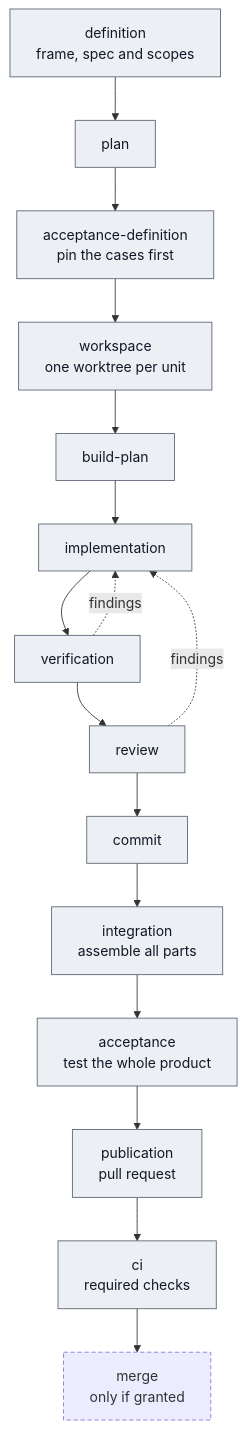
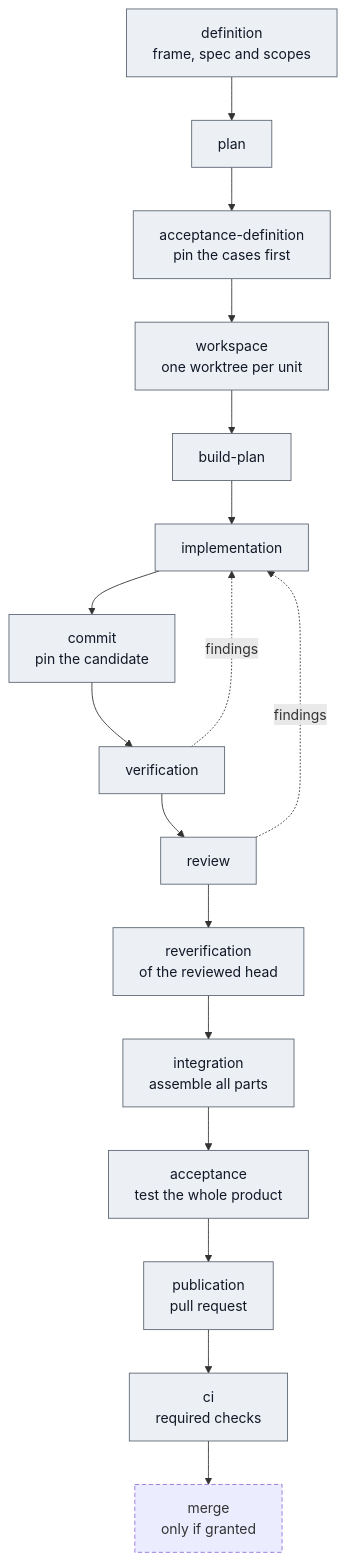
The second of 2 diagrams in docs/architecture/autonomous-delivery.md (dreamingechoes/wholeloop), drawn with Mermaid before and after one commit. The commit also changed other lines of this file and 1 other file, not shown here.

````diff
--- a/docs/architecture/autonomous-delivery.md
+++ b/docs/architecture/autonomous-delivery.md
@@ -53,19 +53,19 @@
 ```mermaid
 flowchart TD
   D[definition<br/>frame, spec and scopes] --> PL[plan]
   PL --> AD[acceptance-definition<br/>pin the cases first]
   AD --> W[workspace<br/>one worktree per unit]
   W --> BP[build-plan] --> I[implementation]
-  I --> V[verification] --> RV[review] --> CM[commit]
+  I --> CM[commit<br/>pin the candidate] --> V[verification] --> RV[review] --> RVV[reverification<br/>of the reviewed head]
   V -. findings .-> I
   RV -. findings .-> I
-  CM --> IN[integration<br/>assemble all parts]
+  RVV --> IN[integration<br/>assemble all parts]
   IN --> AC[acceptance<br/>test the whole product]
   AC --> PB[publication<br/>pull request]
   PB --> CI[ci<br/>required checks]
   CI --> M[merge<br/>only if granted]
   classDef core fill:#eceff3,stroke:#5b6573,color:#111827;
   classDef opt stroke-dasharray:5 3;
-  class D,PL,AD,W,BP,I,V,RV,CM,IN,AC,PB,CI core;
+  class D,PL,AD,W,BP,I,V,RV,RVV,CM,IN,AC,PB,CI core;
   class M opt;
 ```
````
